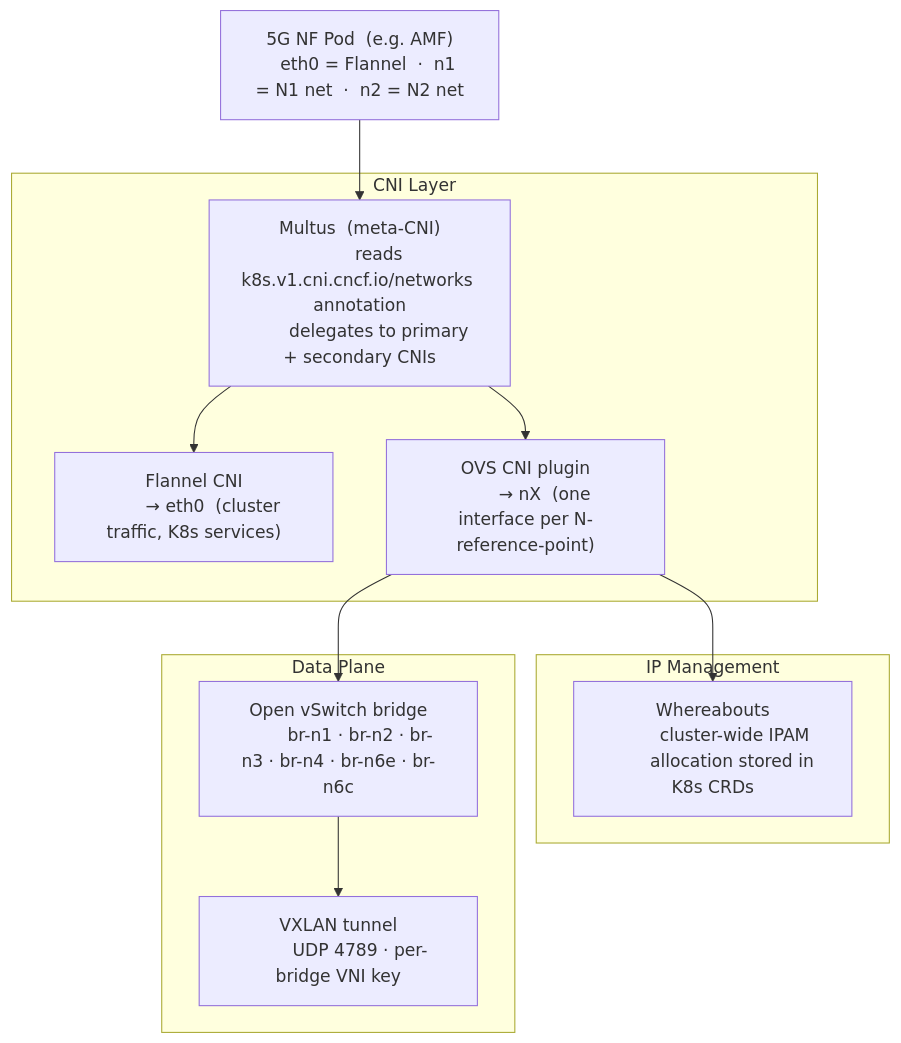
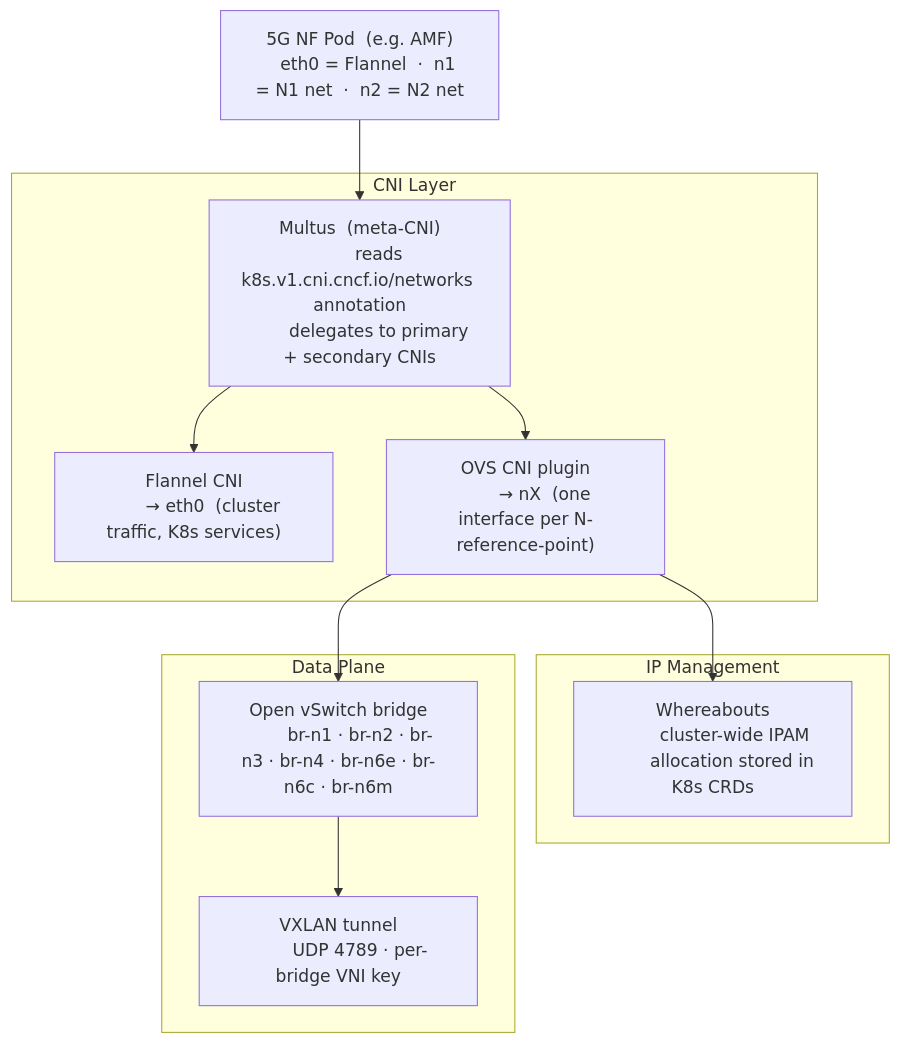
The first of 5 diagrams in docs/architecture/network-topology.md (Jacobbista/kelt), drawn with Mermaid before and after one commit. The commit also changed other lines of this file and 32 other files, not shown here.

````diff
--- a/docs/architecture/network-topology.md
+++ b/docs/architecture/network-topology.md
@@ -25,35 +25,35 @@
 ```mermaid
 graph TB
     APP["5G NF Pod  (e.g. AMF)
     eth0 = Flannel  ·  n1 = N1 net  ·  n2 = N2 net"]
 
     subgraph CNI["CNI Layer"]
         MULTUS["Multus  (meta-CNI)
         reads k8s.v1.cni.cncf.io/networks annotation
         delegates to primary + secondary CNIs"]
         FLANNEL["Flannel CNI
         → eth0  (cluster traffic, K8s services)"]
         OVSCNI["OVS CNI plugin
         → nX  (one interface per N-reference-point)"]
     end
 
     subgraph IPAM["IP Management"]
         WA["Whereabouts
         cluster-wide IPAM
         allocation stored in K8s CRDs"]
     end
 
     subgraph Dataplane["Data Plane"]
         OVS["Open vSwitch bridge
-        br-n1 · br-n2 · br-n3 · br-n4 · br-n6e · br-n6c"]
+        br-n1 · br-n2 · br-n3 · br-n4 · br-n6e · br-n6c · br-n6m"]
         VXLAN["VXLAN tunnel
         UDP 4789 · per-bridge VNI key"]
     end
 
     APP --> MULTUS
     MULTUS --> FLANNEL
     MULTUS --> OVSCNI
     OVSCNI --> WA
     OVSCNI --> OVS
     OVS --> VXLAN
 ```
````
